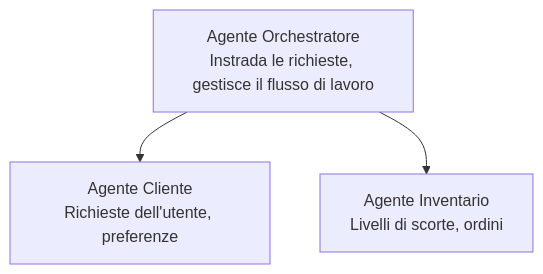
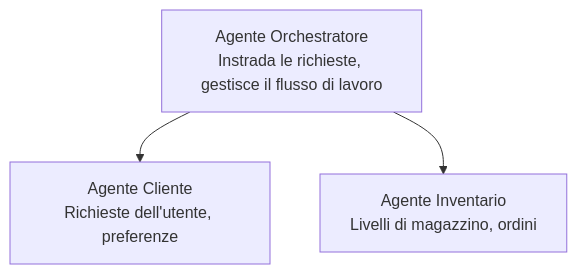
One commit to microsoft/AZD-for-beginners changed the diagram in translations/it/docs/chapter-05-multi-agent/README.md. Above: the diagram before and after it, drawn with Mermaid. The commit also changed other lines of this file and 104 other files, not shown here.

````diff
--- a/translations/it/docs/chapter-05-multi-agent/README.md
+++ b/translations/it/docs/chapter-05-multi-agent/README.md
@@ -52,5 +54,5 @@
 ```mermaid
 graph TD
     Orchestrator[Agente Orchestratore<br/>Instrada le richieste, gestisce il flusso di lavoro] --> Customer[Agente Cliente<br/>Richieste dell'utente, preferenze]
-    Orchestrator --> Inventory[Agente Inventario<br/>Livelli di scorte, ordini]
+    Orchestrator --> Inventory[Agente Inventario<br/>Livelli di magazzino, ordini]
 ```
````
